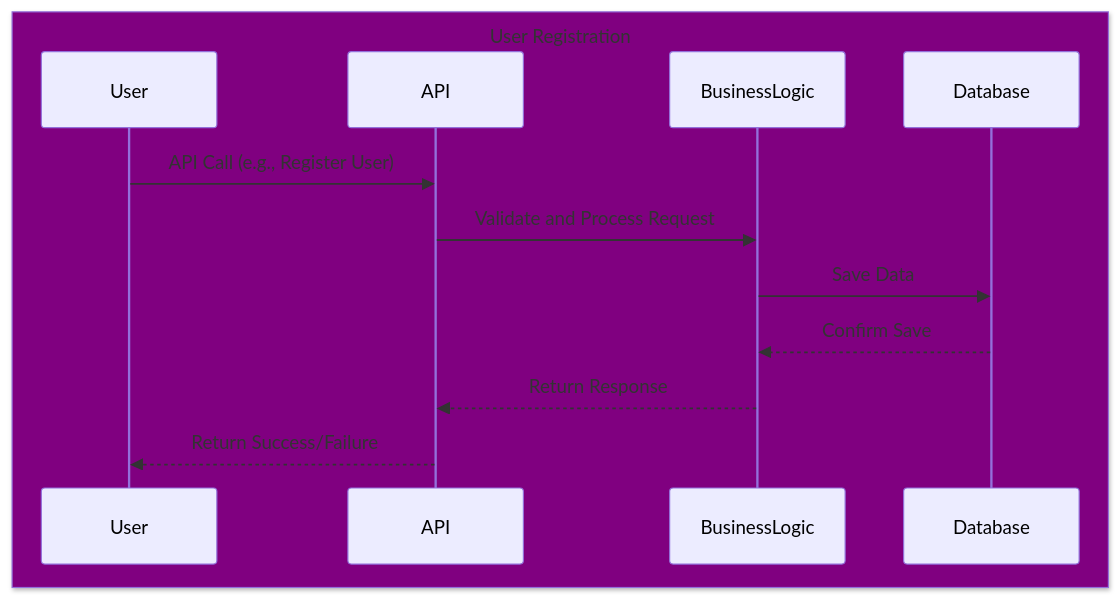
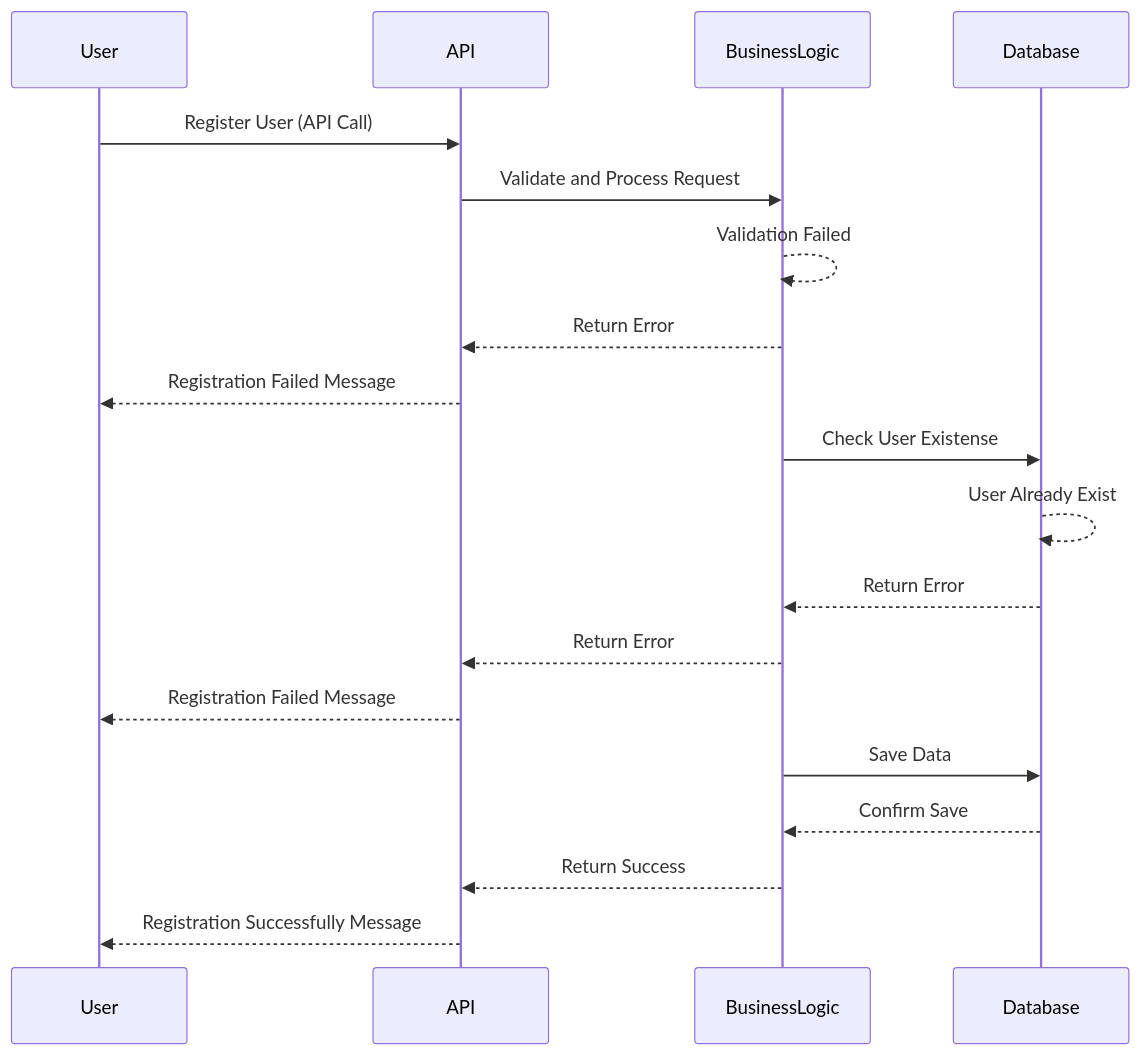
Before and after one commit to feratholberton/holbertonschool-hbnb: the third of 6 diagrams in README.md, drawn with Mermaid. The commit also changed other lines of this file, not shown here.

Commit message:
User registration sequence

````diff
--- a/README.md
+++ b/README.md
@@ -158,15 +148,24 @@
 ```mermaid
 sequenceDiagram
-box Purple User Registration
-    participant User
-    participant API
-    participant BusinessLogic
-    participant Database
-end
-User->>API: API Call (e.g., Register User)
-API->>BusinessLogic: Validate and Process Request
-BusinessLogic->>Database: Save Data
-Database-->>BusinessLogic: Confirm Save
-BusinessLogic-->>API: Return Response
-API-->>User: Return Success/Failure
+participant User
+participant API
+participant BusinessLogic
+participant Database
+
+User ->> API : Register User (API Call)
+API ->> BusinessLogic : Validate and Process Request
+BusinessLogic -->> BusinessLogic : Validation Failed
+BusinessLogic -->> API : Return Error
+API -->> User : Registration Failed Message
+
+BusinessLogic ->> Database : Check User Existense
+Database -->> Database : User Already Exist
+Database -->> BusinessLogic : Return Error
+BusinessLogic -->> API : Return Error
+API -->> User : Registration Failed Message
+
+BusinessLogic ->> Database : Save Data
+Database -->> BusinessLogic : Confirm Save
+BusinessLogic -->> API : Return Success
+API -->> User : Registration Successfully Message
 ```
````
